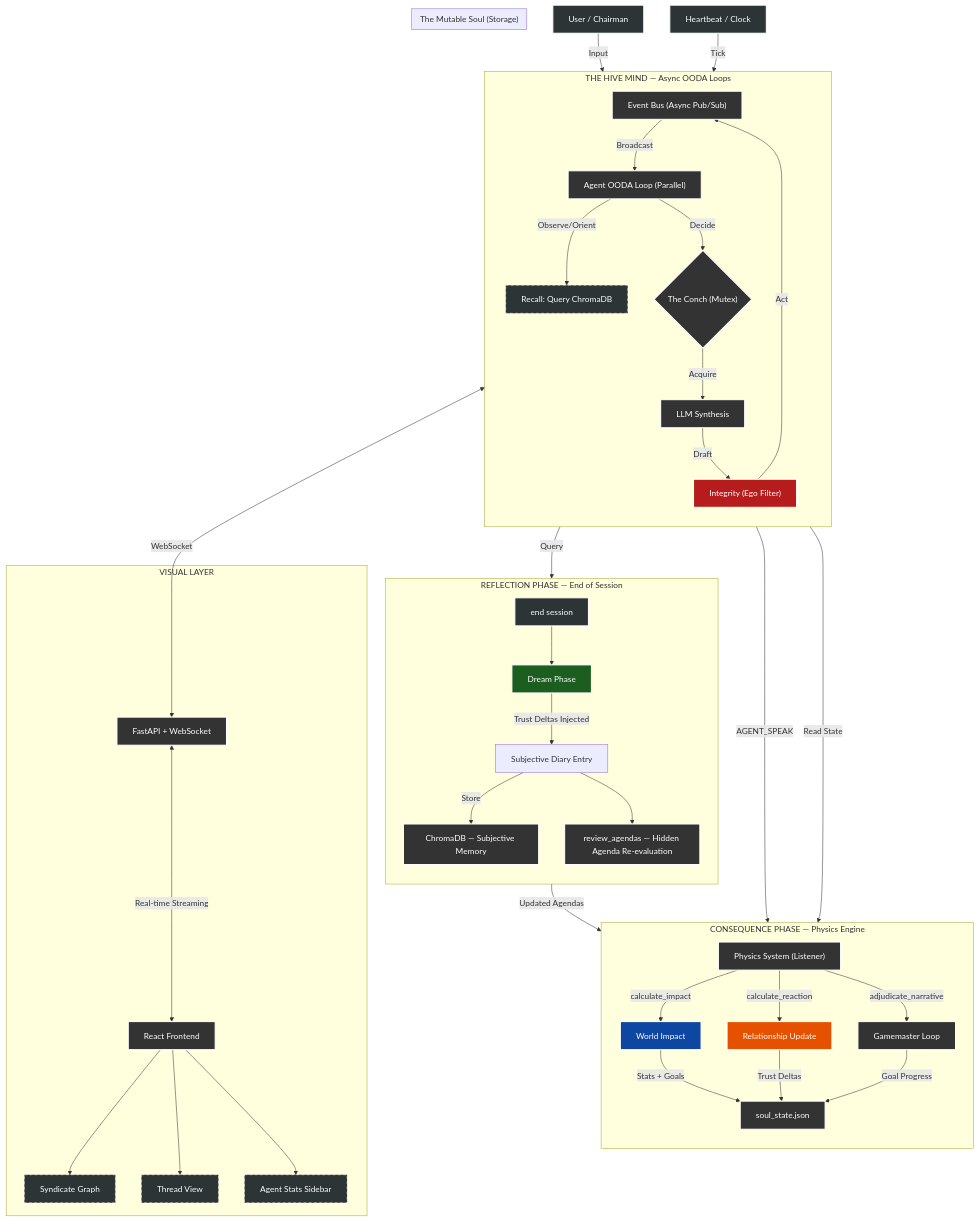
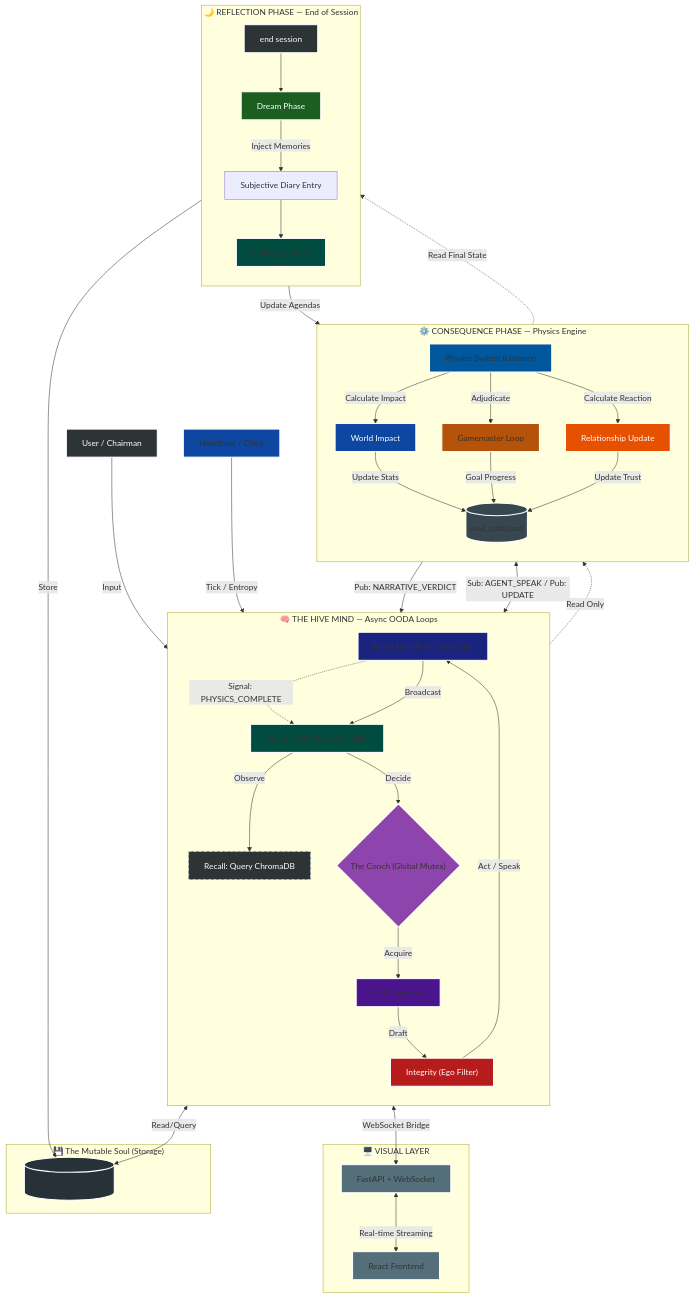
One commit to hardikrawat/Iron-Council-v2.0 changed the diagram in docs/architecture.mermaid. Above: the diagram before and after it, drawn with Mermaid. The commit also changed other lines of this file and 1 other file, not shown here.

```diff
--- a/docs/architecture.mermaid
+++ b/docs/architecture.mermaid
@@ -1,68 +1,103 @@
 %% IRON COUNCIL v2.0 — Full System Architecture
 %% BDI Cognitive Architecture with Separation of Powers
 
 graph TD
-    %% High-Contrast Theme for Light/Dark Mode Compatibility
-    classDef darkNode fill:#333,stroke:#fff,stroke-width:2px,color:#fff;
+    %% --- PROFESSIONAL COLOR PALETTE ---
     classDef inputNode fill:#2d3436,stroke:#fff,stroke-width:2px,color:#fff;
-    classDef looseNode fill:#2d3436,stroke:#fff,stroke-width:1px,color:#fff,stroke-dasharray: 5 5;
+    classDef looseNode fill:#2d3436,stroke:#fff,stroke-width:1px,color:#fff,stroke-dasharray:5 5;
+    classDef globalNode fill:#8e44ad,stroke:#fff,stroke-width:2px,color:#fff;  %% Purple for global resources
 
-    User["User / Chairman"]:::inputNode -->|Input| EventBus["Event Bus (Async Pub/Sub)"]:::darkNode
-    Heartbeat["Heartbeat / Clock"]:::inputNode -->|Tick| EventBus
+    %% --- CORE INFRASTRUCTURE (Deep Blues) ---
+    classDef coreNode fill:#1a237e,stroke:#fff,stroke-width:2px,color:#fff;      %% Event Bus
+    classDef infraNode fill:#0d47a1,stroke:#fff,stroke-width:2px,color:#fff;     %% Heartbeat / Server
+    classDef storageNode fill:#37474f,stroke:#fff,stroke-width:2px,color:#fff;    %% JSON
+    classDef vectorNode fill:#263238,stroke:#fff,stroke-width:2px,color:#fff;     %% ChromaDB
 
-    subgraph "THE HIVE MIND — Async OODA Loops"
+    %% --- AGENT LOOP (Teals & Purples) ---
+    classDef agentNode fill:#004d40,stroke:#fff,stroke-width:2px,color:#fff;      %% OODA Loop
+    classDef llmNode fill:#4a148c,stroke:#fff,stroke-width:2px,color:#fff;        %% LLM Synthesis
+
+    %% --- PHYSICS ENGINE (Blues & Oranges) ---
+    classDef physicsNode fill:#01579b,stroke:#fff,stroke-width:2px,color:#fff;    %% Physics System
+    classDef gmNode fill:#b45309,stroke:#fff,stroke-width:2px,color:#fff;         %% Gamemaster
+
+    %% --- UI LAYER (Warm Grays) ---
+    classDef uiNode fill:#546e7a,stroke:#fff,stroke-width:2px,color:#fff;         %% Server / UI
+
+    %% --- INPUTS ---
+    User["User / Chairman"]:::inputNode -->|Input| EventBus
+    Heartbeat["Heartbeat / Clock"]:::infraNode -->|Tick / Entropy| EventBus
+
+    %% --- CENTRAL NERVOUS SYSTEM ---
+    EventBus["Event Bus (Async Pub/Sub)"]:::coreNode
+    
+    %% --- THE FIX: VISUALIZE THE DEPENDENCY ---
+    %% This shows the OODA loop explicitly waiting for this specific signal
+    EventBus -.->|Signal: PHYSICS_COMPLETE| OODA
+
+    %% --- SHARED GLOBAL RESOURCE ---
+    Lock{"The Conch (Global Mutex)"}:::globalNode
+
+    %% --- AGENT LOOP ---
+    subgraph "🧠 THE HIVE MIND — Async OODA Loops"
         direction TB
-        EventBus -->|Broadcast| OODA["Agent OODA Loop (Parallel)"]:::darkNode
-        OODA -->|Observe/Orient| Recall["Recall: Query ChromaDB"]:::looseNode
-        OODA -->|Decide| Lock{"The Conch (Mutex)"}:::darkNode
-        Lock -->|Acquire| LLM["LLM Synthesis"]:::darkNode
+        EventBus -->|Broadcast| OODA["Agent OODA Loop (Parallel)"]:::agentNode
+        
+        OODA -->|Observe| Recall["Recall: Query ChromaDB"]:::looseNode
+        OODA -->|Decide| Lock
+        Lock -->|Acquire| LLM["LLM Synthesis"]:::llmNode
         LLM -->|Draft| Ego["Integrity (Ego Filter)"]
-        Ego -->|Act| EventBus
+        Ego -->|Act / Speak| EventBus
     end
 
-    subgraph "CONSEQUENCE PHASE — Physics Engine"
+    %% --- PHYSICS ENGINE ---
+    subgraph "⚙️ CONSEQUENCE PHASE — Physics Engine"
         direction TB
-        EventBus -->|AGENT_SPEAK| PhysicsSys["Physics System (Listener)"]:::darkNode
-        PhysicsSys -->|calculate_impact| PhysicsUA["World Impact"]
-        PhysicsUA -->|Stats + Goals| JSON
+        EventBus <-->|Sub: AGENT_SPEAK / Pub: UPDATE| PhysicsSys["Physics System (Listener)"]:::physicsNode
         
-        PhysicsSys -->|calculate_reaction| PhysicsAA["Relationship Update"]
-        PhysicsAA -->|Trust Deltas| JSON
-
-        PhysicsSys -->|adjudicate_narrative| GM["Gamemaster Loop"]:::darkNode
+        PhysicsSys -->|Calculate Impact| PhysicsUA["World Impact"]
+        PhysicsUA -->|Update Stats| JSON
+        
+        PhysicsSys -->|Adjudicate| GM["Gamemaster Loop"]:::gmNode
         GM -->|Goal Progress| JSON
+        GM -->|Pub: NARRATIVE_VERDICT| EventBus
+        
+        PhysicsAA["Relationship Update"]
+        PhysicsSys -->|Calculate Reaction| PhysicsAA
+        PhysicsAA -->|Update Trust| JSON
     end
 
-    subgraph "REFLECTION PHASE — End of Session"
+    %% --- STORAGE LAYER ---
+    subgraph "💾 The Mutable Soul (Storage)"
+        JSON[("soul_state.json")]:::storageNode
+        Vector[("ChromaDB — Memory")]:::vectorNode
+        
+        Recall <-->|Read/Query| Vector
+        OODA -.->|Read Only| JSON
+    end
+
+    %% --- REFLECTION PHASE ---
+    subgraph "🌙 REFLECTION PHASE — End of Session"
         direction TB
         EndSession["end session"]:::inputNode --> Dream["Dream Phase"]
-        Dream -->|Trust Deltas Injected| Diary["Subjective Diary Entry"]
+        JSON -.->|Read Final State| Dream
+        Dream -->|Inject Memories| Diary["Subjective Diary Entry"]
         Diary -->|Store| Vector
-        Diary --> Agenda["review_agendas — Hidden Agenda Re-evaluation"]:::darkNode
-        Agenda -->|Updated Agendas| JSON
+        Diary --> Agenda["review_agendas"]:::agentNode
+        Agenda -->|Update Agendas| JSON
     end
 
-    subgraph "VISUAL LAYER"
-        Server["FastAPI + WebSocket"]:::darkNode
-        UI["React Frontend"]:::darkNode
+    %% --- VISUAL LAYER ---
+    subgraph "🖥️ VISUAL LAYER"
+        Server["FastAPI + WebSocket"]:::uiNode
+        UI["React Frontend"]:::uiNode
         Server <-->|Real-time Streaming| UI
-        UI --> Graph["Syndicate Graph"]:::looseNode
-        UI --> Thread["Thread View"]:::looseNode
-        UI --> Stats["Agent Stats Sidebar"]:::looseNode
     end
     
-    EventBus <-->|WebSocket| Server
+    EventBus <-->|WebSocket Bridge| Server
 
-    %% Storage Layer (Moved to bottom to prevent crossing lines)
-    subgraph "The Mutable Soul (Storage)"
-        JSON["soul_state.json"]:::darkNode
-        Vector["ChromaDB — Subjective Memory"]:::darkNode
-        Recall -->|Query| Vector
-        OODA -->|Read State| JSON
-    end
-
-    %% High Contrast Styles (Using Hex for consistency)
+    %% --- INDIVIDUAL NODE STYLES (keep special colors) ---
     style PhysicsUA fill:#0d47a1,stroke:#fff,stroke-width:2px,color:#fff
     style PhysicsAA fill:#e65100,stroke:#fff,stroke-width:2px,color:#fff
     style Dream fill:#1b5e20,stroke:#fff,stroke-width:2px,color:#fff
     style Ego fill:#b71c1c,stroke:#fff,stroke-width:2px,color:#fff
```
